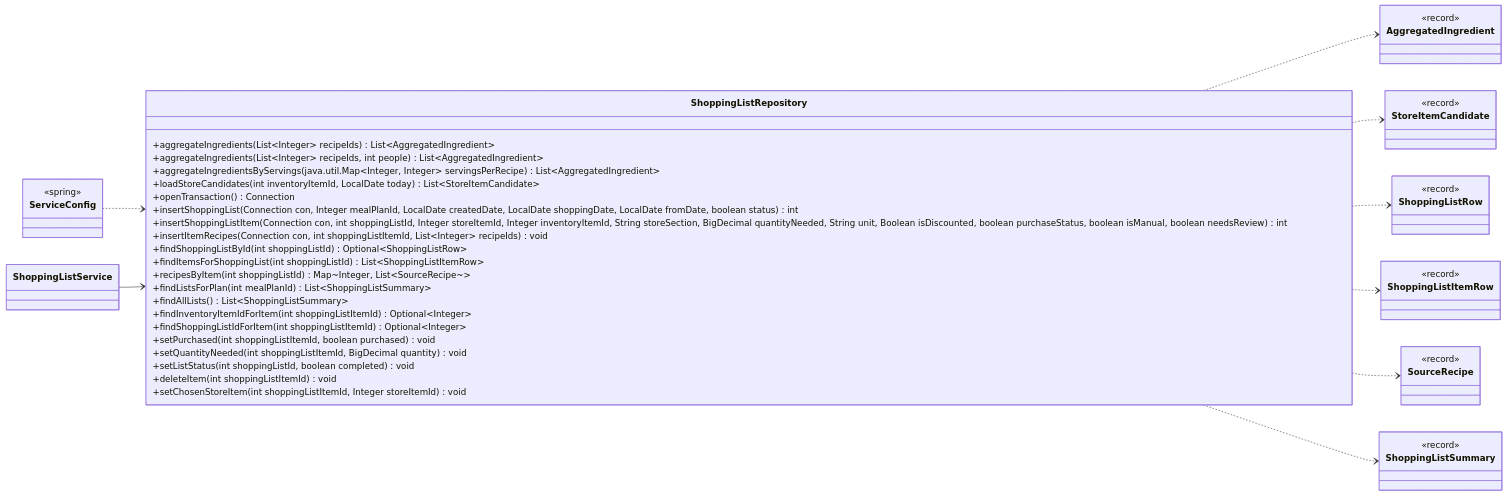
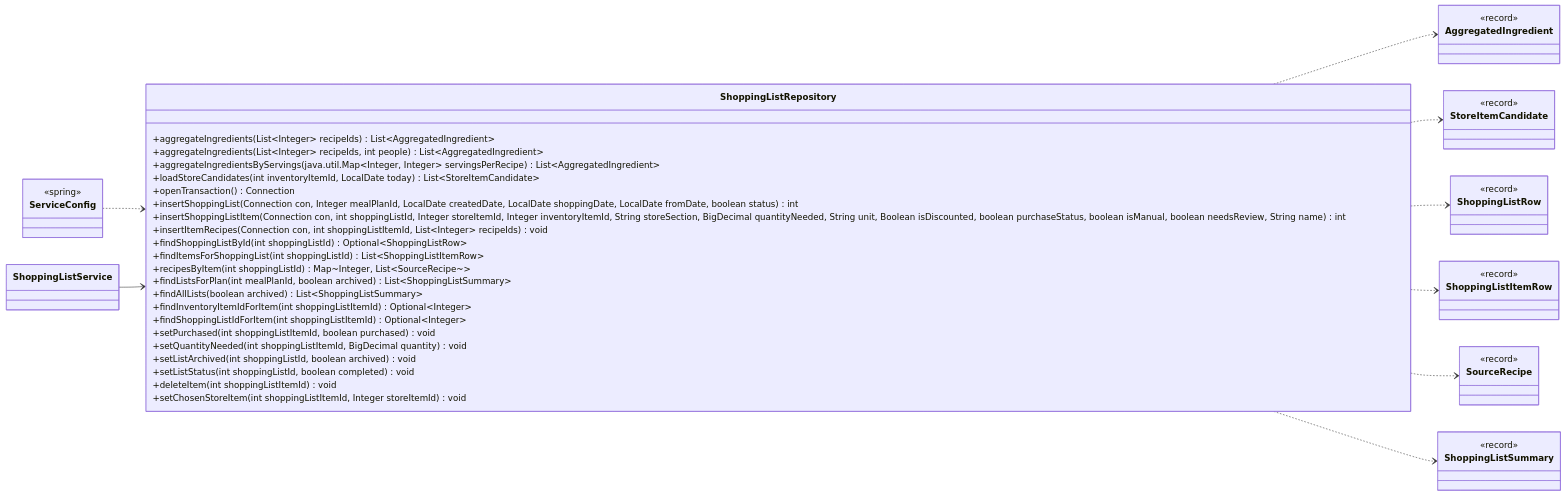
One commit to Nate-ryan-7690/dahaem changed the ninth of 16 diagrams in docs/classes/shopping.md. Above: the diagram before and after it, drawn with Mermaid. The commit also changed other lines of this file and 4 other files, not shown here.

````diff
--- a/docs/classes/shopping.md
+++ b/docs/classes/shopping.md
@@ -407,56 +409,57 @@
 ```mermaid
 classDiagram
     direction LR
     class shopping_ShoppingListRepository["ShoppingListRepository"] {
         +aggregateIngredients(List~Integer~ recipeIds) List~AggregatedIngredient~
         +aggregateIngredients(List~Integer~ recipeIds, int people) List~AggregatedIngredient~
         +aggregateIngredientsByServings(java.util.Map~Integer, Integer~ servingsPerRecipe) List~AggregatedIngredient~
         +loadStoreCandidates(int inventoryItemId, LocalDate today) List~StoreItemCandidate~
         +openTransaction() Connection
         +insertShoppingList(Connection con, Integer mealPlanId, LocalDate createdDate, LocalDate shoppingDate, LocalDate fromDate, boolean status) int
-        +insertShoppingListItem(Connection con, int shoppingListId, Integer storeItemId, Integer inventoryItemId, String storeSection, BigDecimal quantityNeeded, String unit, Boolean isDiscounted, boolean purchaseStatus, boolean isManual, boolean needsReview) int
+        +insertShoppingListItem(Connection con, int shoppingListId, Integer storeItemId, Integer inventoryItemId, String storeSection, BigDecimal quantityNeeded, String unit, Boolean isDiscounted, boolean purchaseStatus, boolean isManual, boolean needsReview, String name) int
         +insertItemRecipes(Connection con, int shoppingListItemId, List~Integer~ recipeIds) void
         +findShoppingListById(int shoppingListId) Optional~ShoppingListRow~
         +findItemsForShoppingList(int shoppingListId) List~ShoppingListItemRow~
         +recipesByItem(int shoppingListId) Map~Integer, List~SourceRecipe~~
-        +findListsForPlan(int mealPlanId) List~ShoppingListSummary~
-        +findAllLists() List~ShoppingListSummary~
+        +findListsForPlan(int mealPlanId, boolean archived) List~ShoppingListSummary~
+        +findAllLists(boolean archived) List~ShoppingListSummary~
         +findInventoryItemIdForItem(int shoppingListItemId) Optional~Integer~
         +findShoppingListIdForItem(int shoppingListItemId) Optional~Integer~
         +setPurchased(int shoppingListItemId, boolean purchased) void
         +setQuantityNeeded(int shoppingListItemId, BigDecimal quantity) void
+        +setListArchived(int shoppingListId, boolean archived) void
         +setListStatus(int shoppingListId, boolean completed) void
         +deleteItem(int shoppingListItemId) void
         +setChosenStoreItem(int shoppingListItemId, Integer storeItemId) void
     }
     class shopping_ShoppingListService["ShoppingListService"]
     class shopping_AggregatedIngredient["AggregatedIngredient"] {
         <<record>>
     }
     class shopping_StoreItemCandidate["StoreItemCandidate"] {
         <<record>>
     }
     class shopping_ShoppingListRow["ShoppingListRow"] {
         <<record>>
     }
     class shopping_ShoppingListItemRow["ShoppingListItemRow"] {
         <<record>>
     }
     class shopping_SourceRecipe["SourceRecipe"] {
         <<record>>
     }
     class shopping_ShoppingListSummary["ShoppingListSummary"] {
         <<record>>
     }
     class api_ServiceConfig["ServiceConfig"] {
         <<spring>>
     }
     shopping_ShoppingListRepository ..> shopping_AggregatedIngredient
     shopping_ShoppingListRepository ..> shopping_StoreItemCandidate
     shopping_ShoppingListRepository ..> shopping_ShoppingListRow
     shopping_ShoppingListRepository ..> shopping_ShoppingListItemRow
     shopping_ShoppingListRepository ..> shopping_SourceRecipe
     shopping_ShoppingListRepository ..> shopping_ShoppingListSummary
     api_ServiceConfig ..> shopping_ShoppingListRepository
     shopping_ShoppingListService --> shopping_ShoppingListRepository
 ```
````
